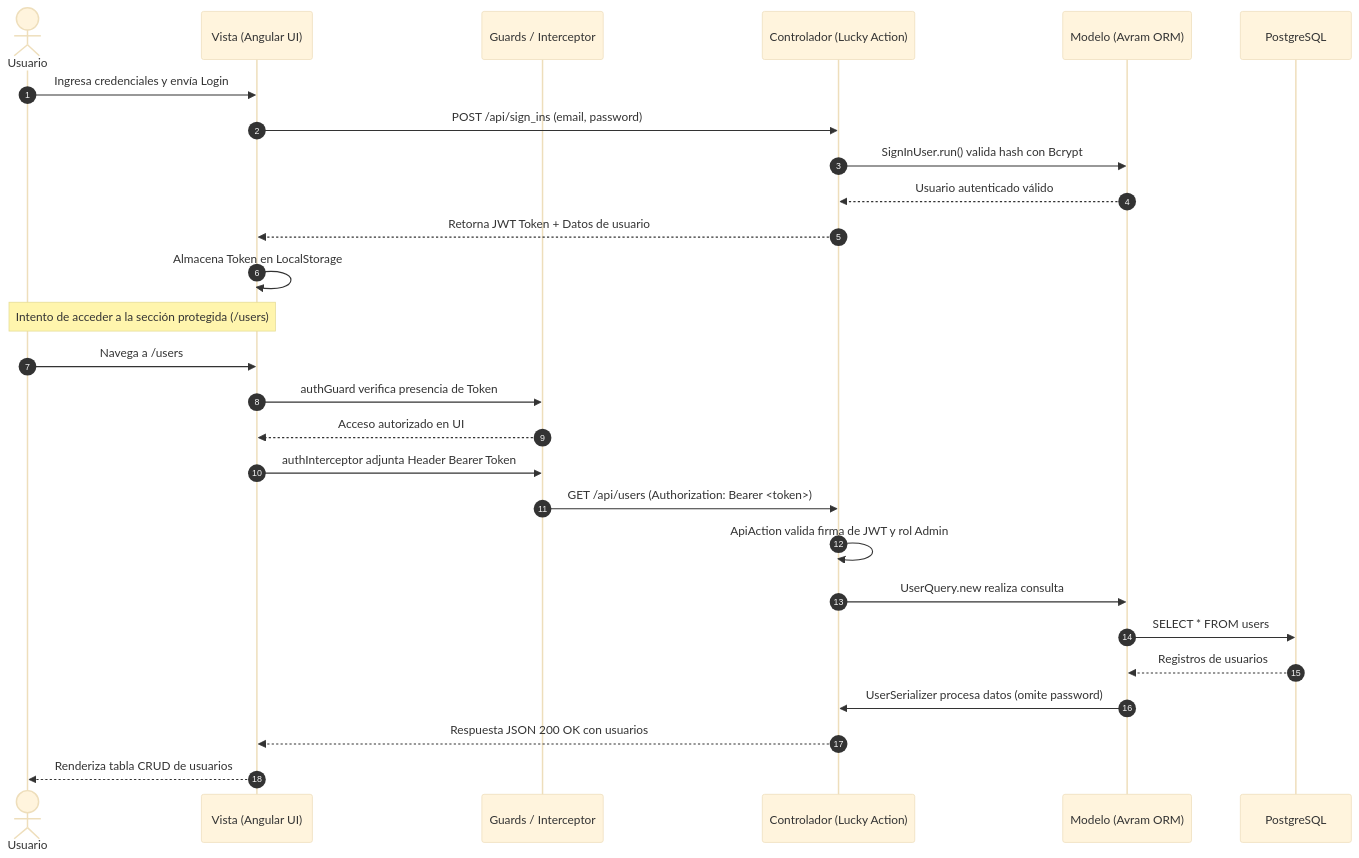
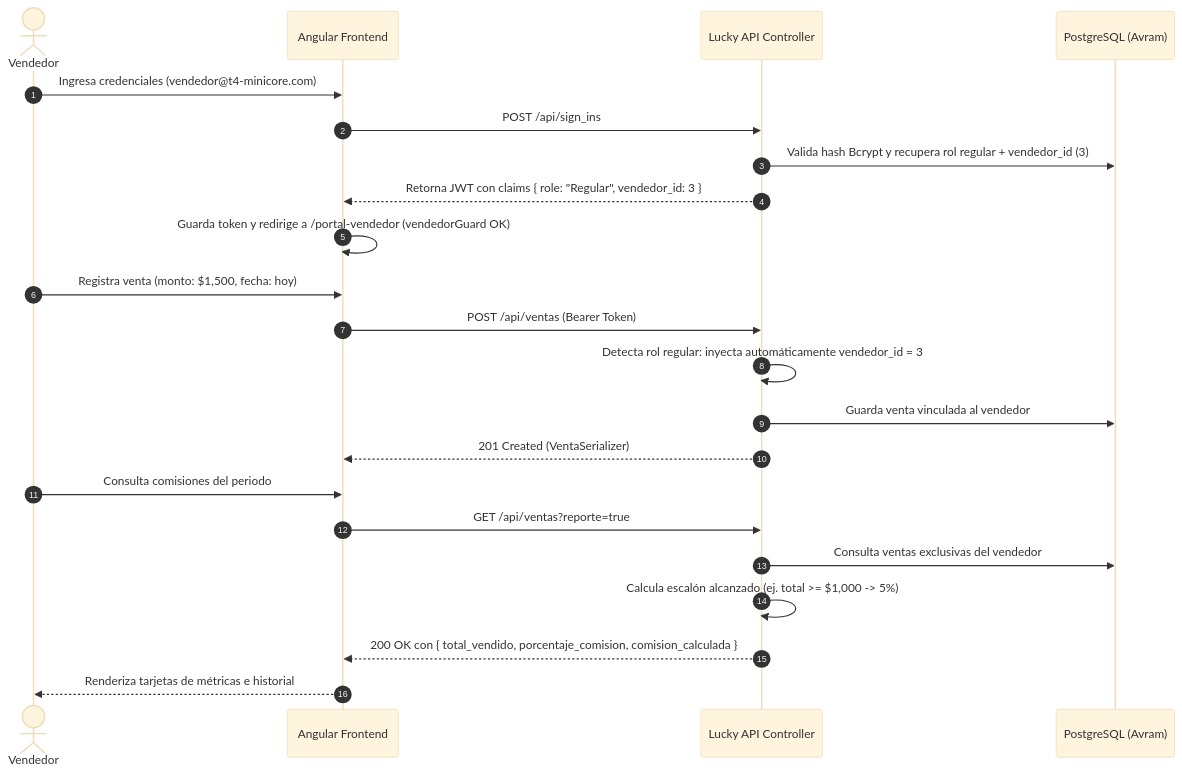
One commit to SaraChiriboga/t4-minicore changed the second of 2 diagrams in README.md. Above: the diagram before and after it, drawn with Mermaid (base theme). The commit also changed other lines of this file, not shown here.

Commit message:
docs: actualizar readme con badges, arquitectura mvc, rbac y credenciales

````diff
--- a/README.md
+++ b/README.md
@@ -74,32 +105,27 @@
 ```mermaid
 sequenceDiagram
     autonumber
-    actor Usuario
-    participant V as Vista (Angular UI)
-    participant G as Guards / Interceptor
-    participant C as Controlador (Lucky Action)
-    participant M as Modelo (Avram ORM)
-    participant DB as PostgreSQL
+    actor Vendedor
+    participant Web as Angular Frontend
+    participant API as Lucky API Controller
+    participant DB as PostgreSQL (Avram)
 
-    Usuario->>V: Ingresa credenciales y envía Login
-    V->>C: POST /api/sign_ins (email, password)
-    C->>M: SignInUser.run() valida hash con Bcrypt
-    M-->>C: Usuario autenticado válido
-    C-->>V: Retorna JWT Token + Datos de usuario
-    V->>V: Almacena Token en LocalStorage
+    Vendedor->>Web: Ingresa credenciales (vendedor@t4-minicore.com)
+    Web->>API: POST /api/sign_ins
+    API->>DB: Valida hash Bcrypt y recupera rol regular + vendedor_id (3)
+    API-->>Web: Retorna JWT con claims { role: "Regular", vendedor_id: 3 }
+    Web->>Web: Guarda token y redirige a /portal-vendedor (vendedorGuard OK)
 
-    Note over Usuario,V: Intento de acceder a la sección protegida (/users)
-    Usuario->>V: Navega a /users
-    V->>G: authGuard verifica presencia de Token
-    G-->>V: Acceso autorizado en UI
+    Vendedor->>Web: Registra venta (monto: $1,500, fecha: hoy)
+    Web->>API: POST /api/ventas (Bearer Token)
+    API->>API: Detecta rol regular: inyecta automáticamente vendedor_id = 3
+    API->>DB: Guarda venta vinculada al vendedor #3
+    API-->>Web: 201 Created (VentaSerializer)
 
-    V->>G: authInterceptor adjunta Header Bearer Token
-    G->>C: GET /api/users (Authorization: Bearer <token>)
-    C->>C: ApiAction valida firma de JWT y rol Admin
-    C->>M: UserQuery.new realiza consulta
-    M->>DB: SELECT * FROM users
-    DB-->>M: Registros de usuarios
-    M->>C: UserSerializer procesa datos (omite password)
-    C-->>V: Respuesta JSON 200 OK con usuarios
-    V-->>Usuario: Renderiza tabla CRUD de usuarios
+    Vendedor->>Web: Consulta comisiones del periodo
+    Web->>API: GET /api/ventas?reporte=true
+    API->>DB: Consulta ventas exclusivas del vendedor #3 y reglas activas
+    API->>API: Calcula escalón alcanzado (ej. total >= $1,000 -> 5%)
+    API-->>Web: 200 OK con { total_vendido, porcentaje_comision, comision_calculada }
+    Web-->>Vendedor: Renderiza tarjetas de métricas e historial
 ```
````
